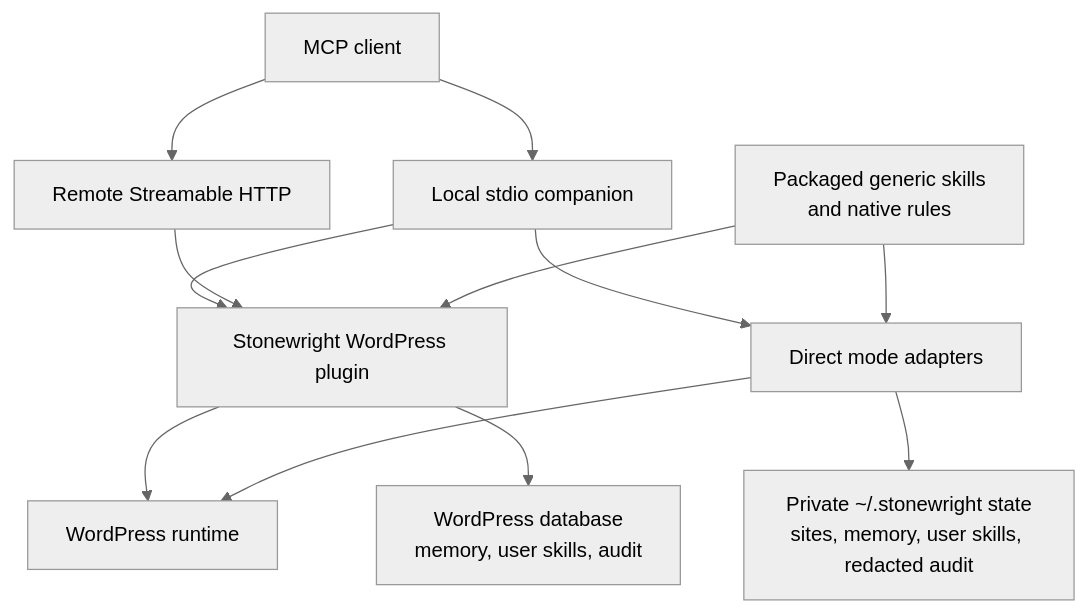
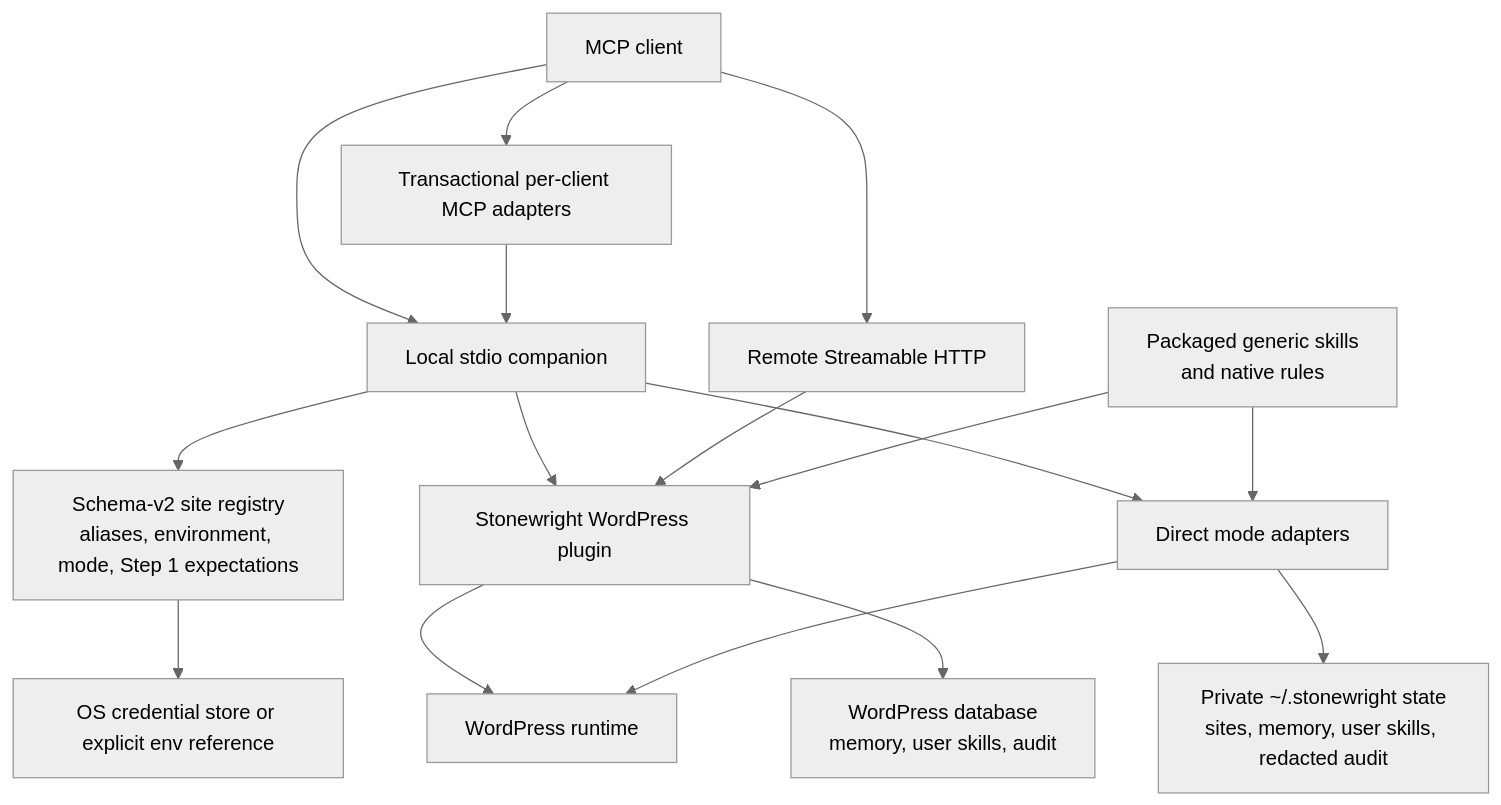
The diagram in docs/architecture.md (cosmincraciun97/stonewright-wp-mcp), drawn with Mermaid (neutral theme) before and after one commit. The commit also changed other lines of this file and 24 other files, not shown here.

Commit message:
fix(companion): complete transactional multi-site setup

````diff
--- a/docs/architecture.md
+++ b/docs/architecture.md
@@ -16,24 +16,31 @@
 ```mermaid
 flowchart TD
     Client["MCP client"]
     Companion["Local stdio companion"]
     Http["Remote Streamable HTTP"]
     Plugin["Stonewright WordPress plugin"]
     Direct["Direct mode adapters"]
     WordPress["WordPress runtime"]
     PluginState["WordPress database<br/>memory, user skills, audit"]
     DirectState["Private ~/.stonewright state<br/>sites, memory, user skills, redacted audit"]
+    Registry["Schema-v2 site registry<br/>aliases, environment, mode, Step 1 expectations"]
+    Credentials["OS credential store or explicit env reference"]
+    ClientConfig["Transactional per-client MCP adapters"]
     Builtins["Packaged generic skills<br/>and native rules"]
 
     Client --> Companion
+    Client --> ClientConfig
+    ClientConfig --> Companion
+    Companion --> Registry
+    Registry --> Credentials
     Client --> Http
     Companion --> Plugin
     Companion --> Direct
     Http --> Plugin
     Plugin --> WordPress
     Direct --> WordPress
     Plugin --> PluginState
     Direct --> DirectState
     Builtins --> Plugin
     Builtins --> Direct
 ```
````
